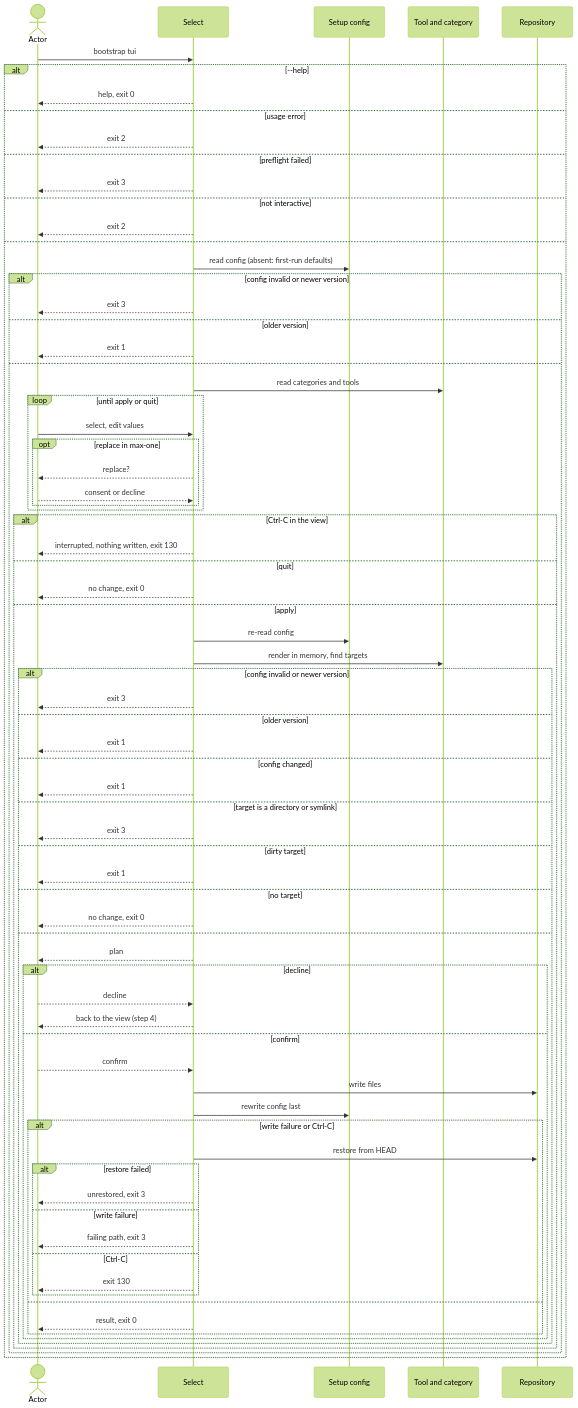
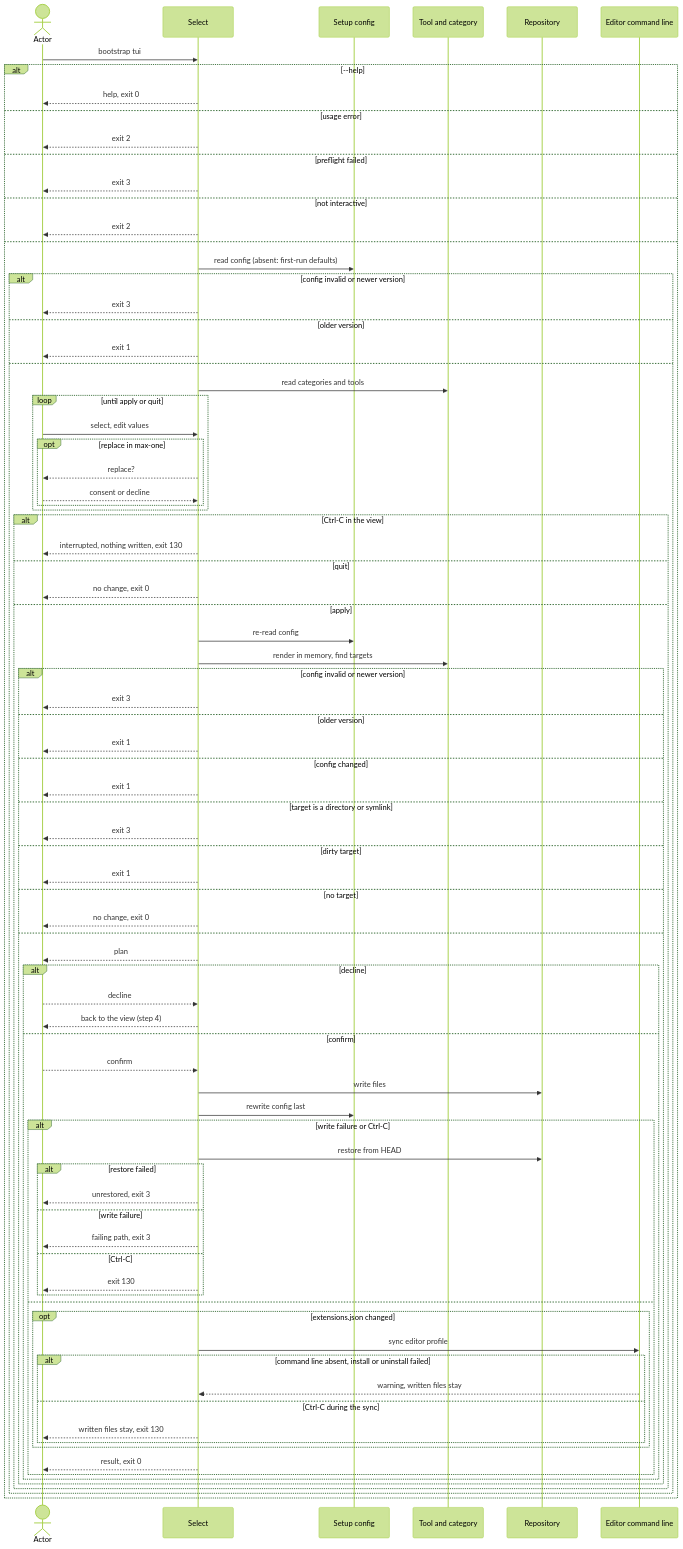
Before and after one commit to virajp/bootstrap: the diagram in docs/blueprint/flows/cli/160-select-tools/index.md, drawn with Mermaid (forest theme). The commit also changed other lines of this file and 12 other files, not shown here.

```diff
--- a/docs/blueprint/flows/cli/160-select-tools/index.md
+++ b/docs/blueprint/flows/cli/160-select-tools/index.md
@@ -288,6 +290,7 @@
     participant C as Setup config
     participant G as Tool and category
     participant R as Repository
+    participant E as Editor command line
     O->>U: bootstrap tui
     alt --help
         U-->>O: help, exit 0
@@ -350,6 +353,14 @@
                                 U-->>O: exit 130
                             end
                         else
+                            opt extensions.json changed
+                                U->>E: sync editor profile
+                                alt command line absent, install or uninstall failed
+                                    E-->>U: warning, written files stay
+                                else Ctrl-C during the sync
+                                    U-->>O: written files stay, exit 130
+                                end
+                            end
                             U-->>O: result, exit 0
                         end
                     end
```
